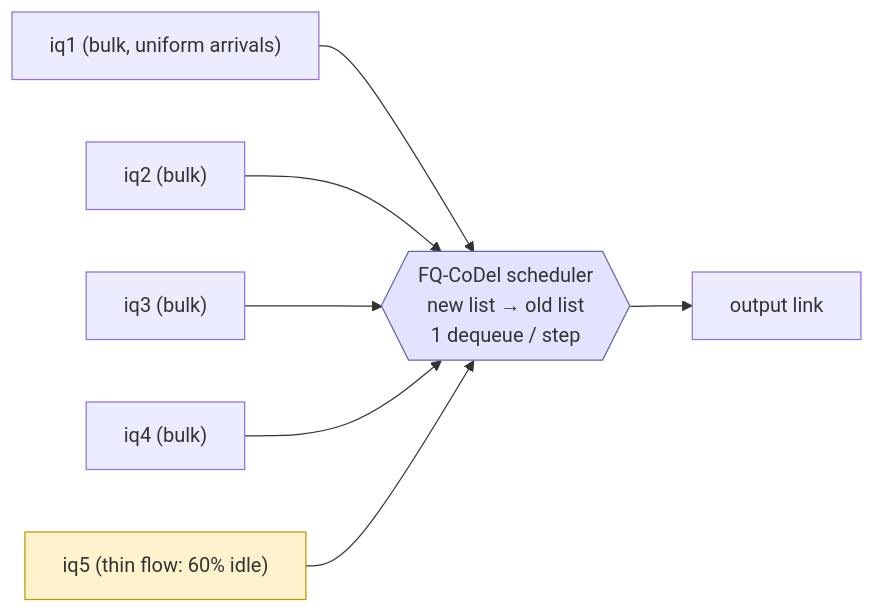
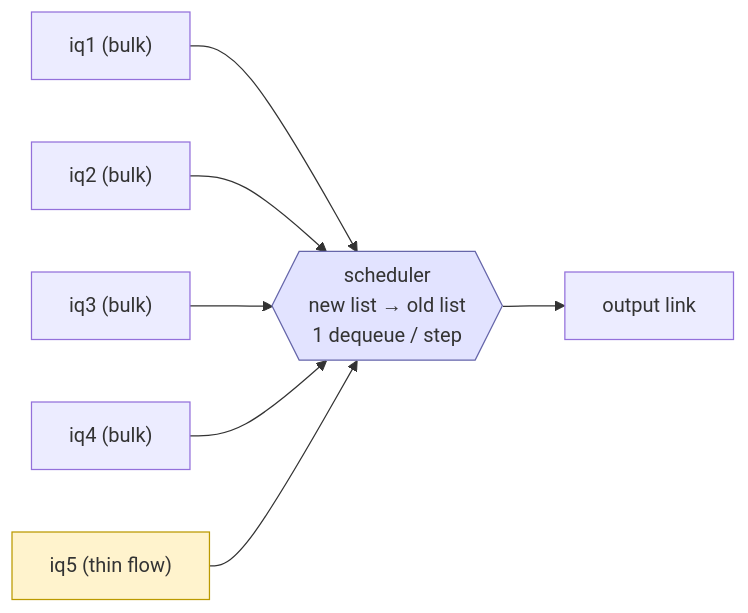
Before and after one commit to all-things-networking/buffy-prism: the third of 6 diagrams in draft/case-studies-intro.md, drawn with Mermaid. The commit also changed other lines of this file and 17 other files, not shown here.

````diff
--- a/draft/case-studies-intro.md
+++ b/draft/case-studies-intro.md
@@ -215,11 +211,11 @@
 ```mermaid
 flowchart LR
-    A1["iq1 (bulk, uniform arrivals)"] --> SCH
+    A1["iq1 (bulk)"] --> SCH
     A2["iq2 (bulk)"] --> SCH
     A3["iq3 (bulk)"] --> SCH
     A4["iq4 (bulk)"] --> SCH
-    A5["iq5 (thin flow: 60% idle)"] --> SCH
-    SCH{{"FQ-CoDel scheduler<br/>new list → old list<br/>1 dequeue / step"}} --> OUT["output link"]
+    A5["iq5 (thin flow)"] --> SCH
+    SCH{{"scheduler<br/>new list → old list<br/>1 dequeue / step"}} --> OUT["output link"]
     style A5 fill:#fff3cd,stroke:#b90
     style SCH fill:#e2e3ff,stroke:#66a
 ```
````
